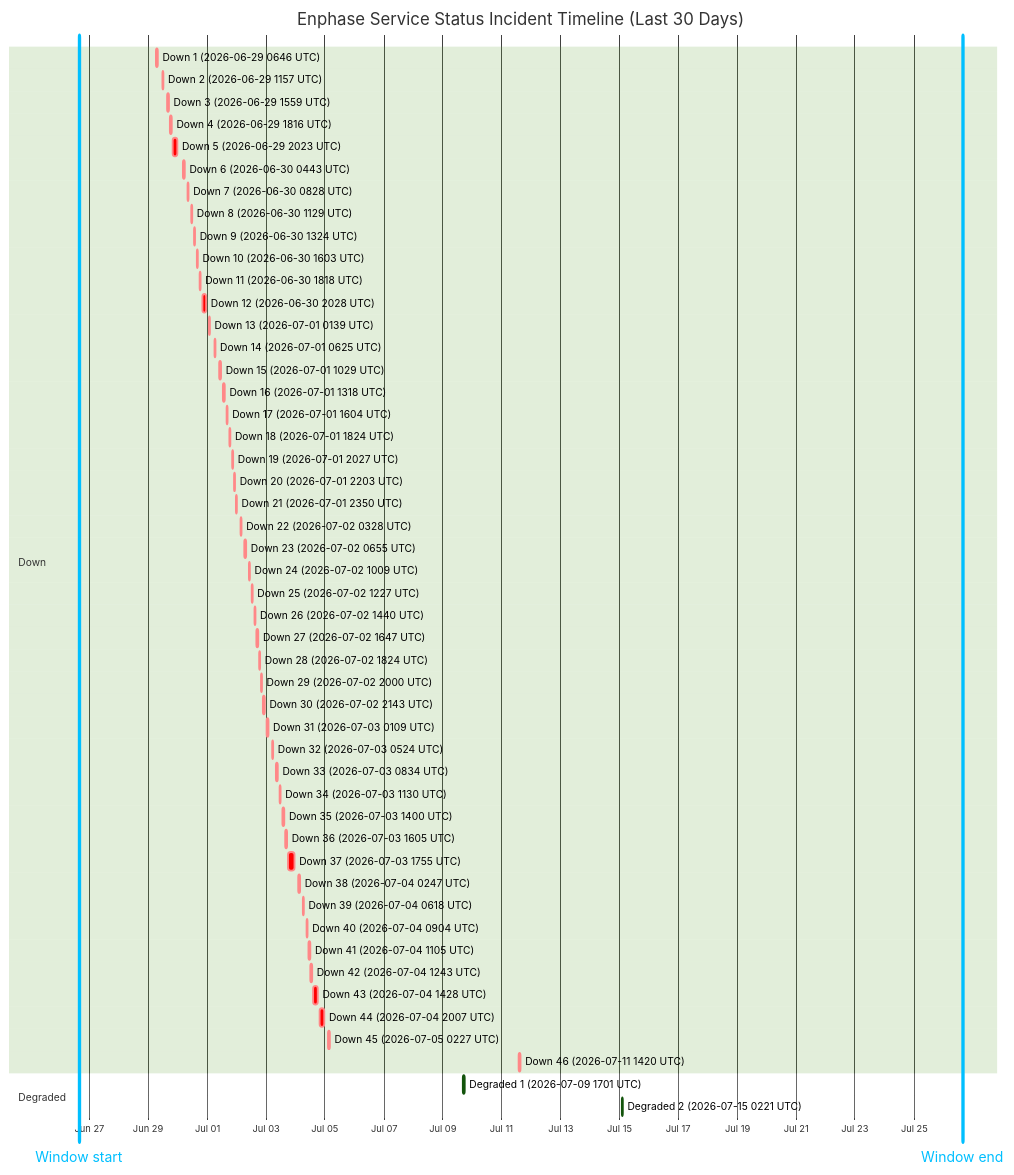
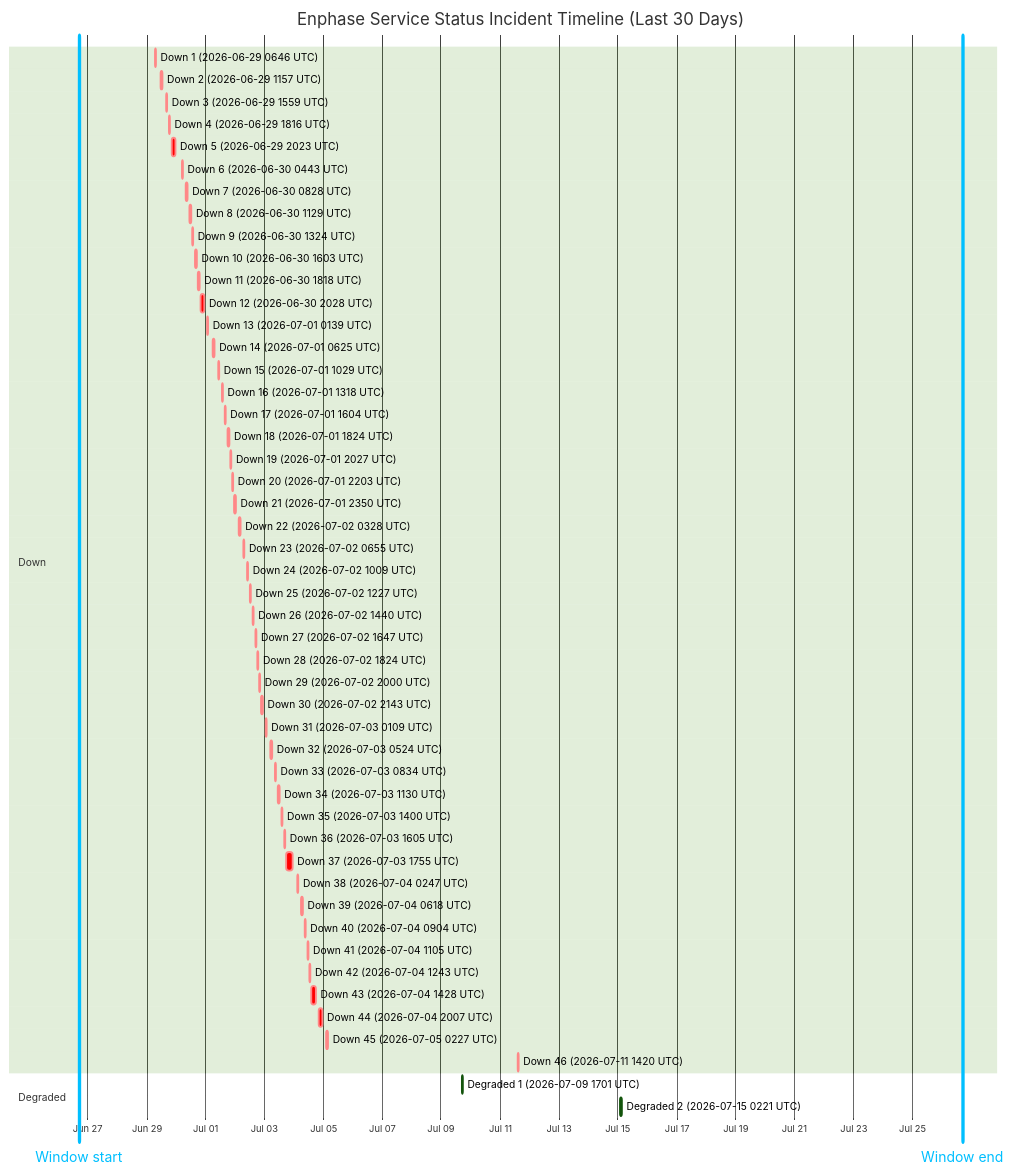
One commit to barneyonline/ha-enphase-energy changed the diagram in wiki/Service-Status-History.md. Above: the diagram before and after it, drawn with Mermaid (forest theme). The commit also changed other lines of this file and 3 other files, not shown here.

````diff
--- a/wiki/Service-Status-History.md
+++ b/wiki/Service-Status-History.md
@@ -14,58 +14,58 @@
 ```mermaid
 gantt
     title Enphase Service Status Incident Timeline (Last 30 Days)
     dateFormat  YYYY-MM-DDTHH:mm:ss
     axisFormat  %b %d
-    Window start :vert, window-start, 2026-06-26T15:40:54, 0ms
-    Window end :vert, window-end, 2026-07-26T15:40:54, 0ms
+    Window start :vert, window-start, 2026-06-26T16:58:02, 0ms
+    Window end :vert, window-end, 2026-07-26T16:58:02, 0ms
     section Down
     Down 1 (2026-06-29 0646 UTC) :crit, down-1, 2026-06-29T06:46:18, 60m
     Down 2 (2026-06-29 1157 UTC) :crit, down-2, 2026-06-29T11:57:36, 60m
     Down 3 (2026-06-29 1559 UTC) :crit, down-3, 2026-06-29T15:59:02, 60m
     Down 4 (2026-06-29 1816 UTC) :crit, down-4, 2026-06-29T18:16:38, 60m
     Down 5 (2026-06-29 2023 UTC) :crit, down-5, 2026-06-29T20:23:16, 220m
     Down 6 (2026-06-30 0443 UTC) :crit, down-6, 2026-06-30T04:43:54, 60m
     Down 7 (2026-06-30 0828 UTC) :crit, down-7, 2026-06-30T08:28:43, 60m
     Down 8 (2026-06-30 1129 UTC) :crit, down-8, 2026-06-30T11:29:15, 60m
     Down 9 (2026-06-30 1324 UTC) :crit, down-9, 2026-06-30T13:24:25, 60m
     Down 10 (2026-06-30 1603 UTC) :crit, down-10, 2026-06-30T16:03:26, 60m
     Down 11 (2026-06-30 1818 UTC) :crit, down-11, 2026-06-30T18:18:39, 60m
     Down 12 (2026-06-30 2028 UTC) :crit, down-12, 2026-06-30T20:28:54, 171m
     Down 13 (2026-07-01 0139 UTC) :crit, down-13, 2026-07-01T01:39:18, 60m
     Down 14 (2026-07-01 0625 UTC) :crit, down-14, 2026-07-01T06:25:35, 60m
     Down 15 (2026-07-01 1029 UTC) :crit, down-15, 2026-07-01T10:29:24, 60m
     Down 16 (2026-07-01 1318 UTC) :crit, down-16, 2026-07-01T13:18:31, 60m
     Down 17 (2026-07-01 1604 UTC) :crit, down-17, 2026-07-01T16:04:29, 60m
     Down 18 (2026-07-01 1824 UTC) :crit, down-18, 2026-07-01T18:24:21, 60m
     Down 19 (2026-07-01 2027 UTC) :crit, down-19, 2026-07-01T20:27:17, 60m
     Down 20 (2026-07-01 2203 UTC) :crit, down-20, 2026-07-01T22:03:46, 60m
     Down 21 (2026-07-01 2350 UTC) :crit, down-21, 2026-07-01T23:50:52, 60m
     Down 22 (2026-07-02 0328 UTC) :crit, down-22, 2026-07-02T03:28:33, 60m
     Down 23 (2026-07-02 0655 UTC) :crit, down-23, 2026-07-02T06:55:07, 60m
     Down 24 (2026-07-02 1009 UTC) :crit, down-24, 2026-07-02T10:09:15, 60m
     Down 25 (2026-07-02 1227 UTC) :crit, down-25, 2026-07-02T12:27:49, 60m
     Down 26 (2026-07-02 1440 UTC) :crit, down-26, 2026-07-02T14:40:53, 60m
     Down 27 (2026-07-02 1647 UTC) :crit, down-27, 2026-07-02T16:47:47, 60m
     Down 28 (2026-07-02 1824 UTC) :crit, down-28, 2026-07-02T18:24:26, 60m
     Down 29 (2026-07-02 2000 UTC) :crit, down-29, 2026-07-02T20:00:57, 60m
     Down 30 (2026-07-02 2143 UTC) :crit, down-30, 2026-07-02T21:43:52, 80m
     Down 31 (2026-07-03 0109 UTC) :crit, down-31, 2026-07-03T01:09:19, 60m
     Down 32 (2026-07-03 0524 UTC) :crit, down-32, 2026-07-03T05:24:23, 60m
     Down 33 (2026-07-03 0834 UTC) :crit, down-33, 2026-07-03T08:34:05, 60m
     Down 34 (2026-07-03 1130 UTC) :crit, down-34, 2026-07-03T11:30:41, 60m
     Down 35 (2026-07-03 1400 UTC) :crit, down-35, 2026-07-03T14:00:48, 60m
     Down 36 (2026-07-03 1605 UTC) :crit, down-36, 2026-07-03T16:05:49, 60m
     Down 37 (2026-07-03 1755 UTC) :crit, down-37, 2026-07-03T17:55:54, 338m
     Down 38 (2026-07-04 0247 UTC) :crit, down-38, 2026-07-04T02:47:22, 60m
     Down 39 (2026-07-04 0618 UTC) :crit, down-39, 2026-07-04T06:18:09, 60m
     Down 40 (2026-07-04 0904 UTC) :crit, down-40, 2026-07-04T09:04:41, 60m
     Down 41 (2026-07-04 1105 UTC) :crit, down-41, 2026-07-04T11:05:21, 60m
     Down 42 (2026-07-04 1243 UTC) :crit, down-42, 2026-07-04T12:43:25, 60m
     Down 43 (2026-07-04 1428 UTC) :crit, down-43, 2026-07-04T14:28:07, 243m
     Down 44 (2026-07-04 2007 UTC) :crit, down-44, 2026-07-04T20:07:50, 206m
     Down 45 (2026-07-05 0227 UTC) :crit, down-45, 2026-07-05T02:27:32, 109m
     Down 46 (2026-07-11 1420 UTC) :crit, down-46, 2026-07-11T14:20:54, 69m
     section Degraded
     Degraded 1 (2026-07-09 1701 UTC) :active, degraded-1, 2026-07-09T17:01:02, 60m
     Degraded 2 (2026-07-15 0221 UTC) :active, degraded-2, 2026-07-15T02:21:35, 60m
 ```
````
